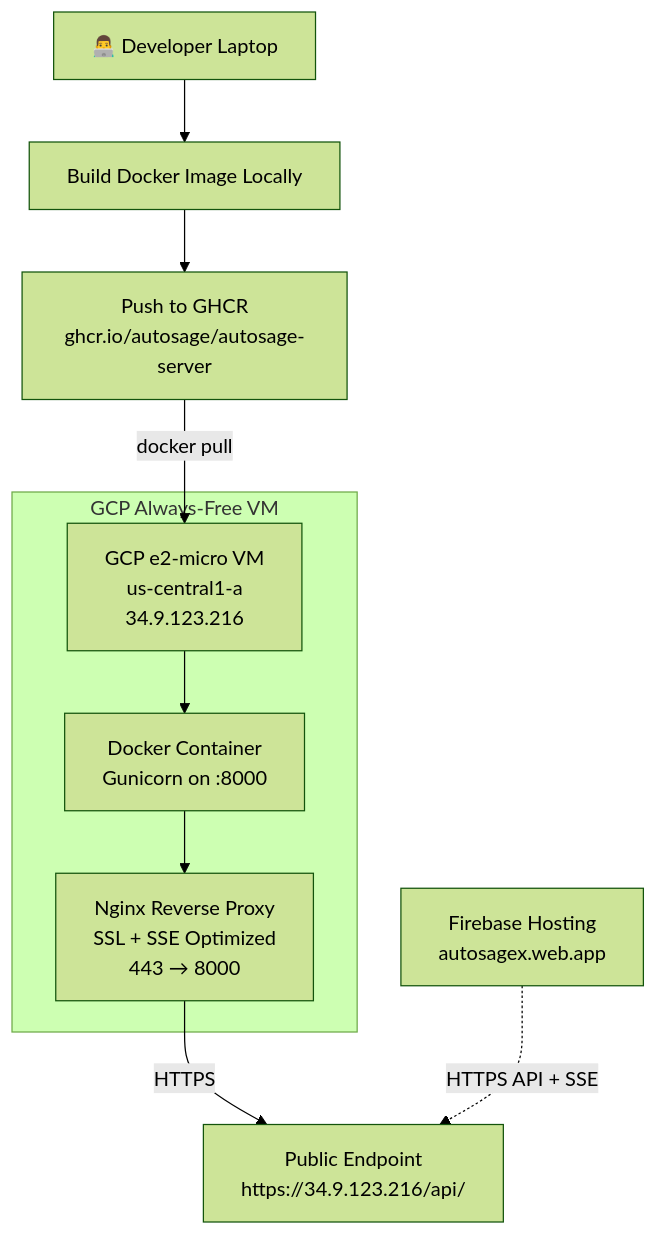
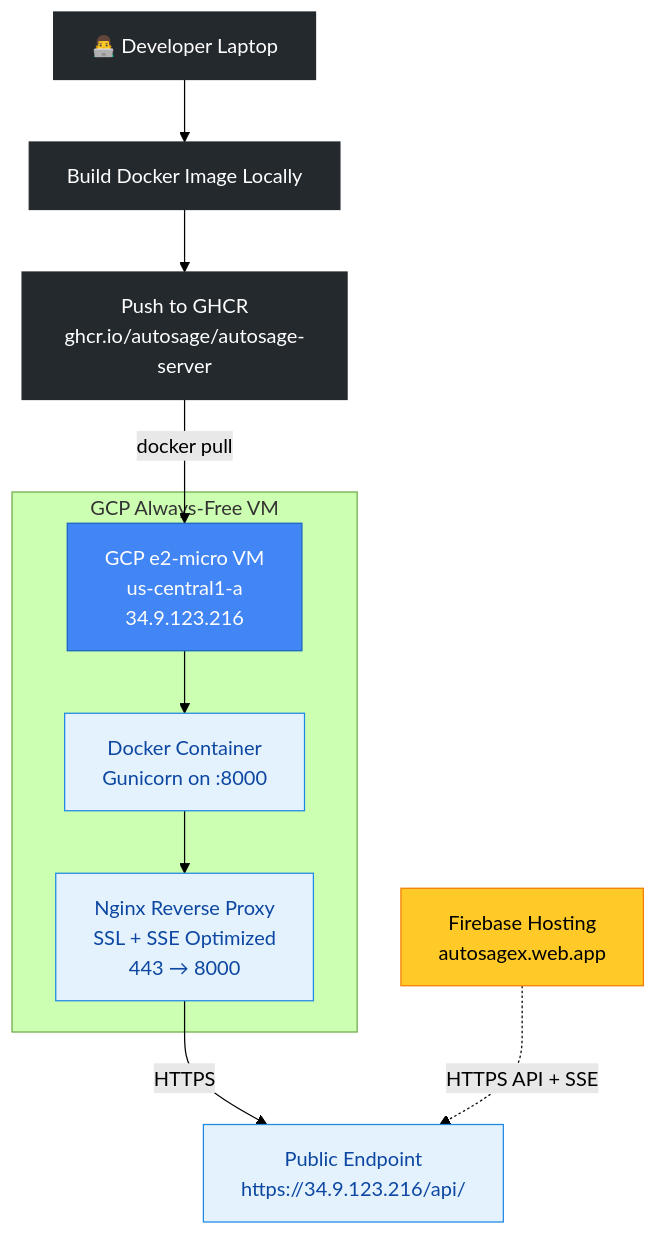
One commit to Lagnajit09/autosage changed the first of 3 diagrams in architecture/server.architecture.md. Above: the diagram before and after it, drawn with Mermaid (forest theme). The commit also changed other lines of this file and 3 other files, not shown here.

Commit message:
updt: architecture diagrams

````diff
--- a/architecture/server.architecture.md
+++ b/architecture/server.architecture.md
@@ -15,16 +15,20 @@
 ```mermaid
 flowchart TD
-    A[👨‍💻 Developer Laptop] --> B[Build Docker Image Locally]
-    B --> C[Push to GHCR\nghcr.io/autosage/autosage-server]
+    classDef github fill:#24292e,stroke:#24292e,color:#fff
+    classDef gcp fill:#4285f4,stroke:#1565c0,color:#fff
+    classDef firebase fill:#ffca28,stroke:#f57c00,color:#000
+    classDef server fill:#e3f2fd,stroke:#1e88e5,color:#0d47a1
 
-    C -->|docker pull| D[GCP e2-micro VM\nus-central1-a\n34.9.123.216]
+    A[👨‍💻 Developer Laptop]:::github --> B[Build Docker Image Locally]:::github
+    B --> C[Push to GHCR\nghcr.io/autosage/autosage-server]:::github
+
+    C -->|docker pull| D[GCP e2-micro VM\nus-central1-a\n34.9.123.216]:::gcp
 
     subgraph VM [GCP Always-Free VM]
-        D --> E[Docker Container\nGunicorn on :8000]
-        E --> F[Nginx Reverse Proxy\nSSL + SSE Optimized\n443 → 8000]
+        D --> E[Docker Container\nGunicorn on :8000]:::server
+        E --> F[Nginx Reverse Proxy\nSSL + SSE Optimized\n443 → 8000]:::server
     end
 
-    F -->|HTTPS| G[Public Endpoint\nhttps://34.9.123.216/api/]
-    H[Firebase Hosting\nautosagex.web.app] -.->|HTTPS API + SSE| G
-
+    F -->|HTTPS| G[Public Endpoint\nhttps://34.9.123.216/api/]:::server
+    H[Firebase Hosting\nautosagex.web.app]:::firebase -.->|HTTPS API + SSE| G
 ```
````
